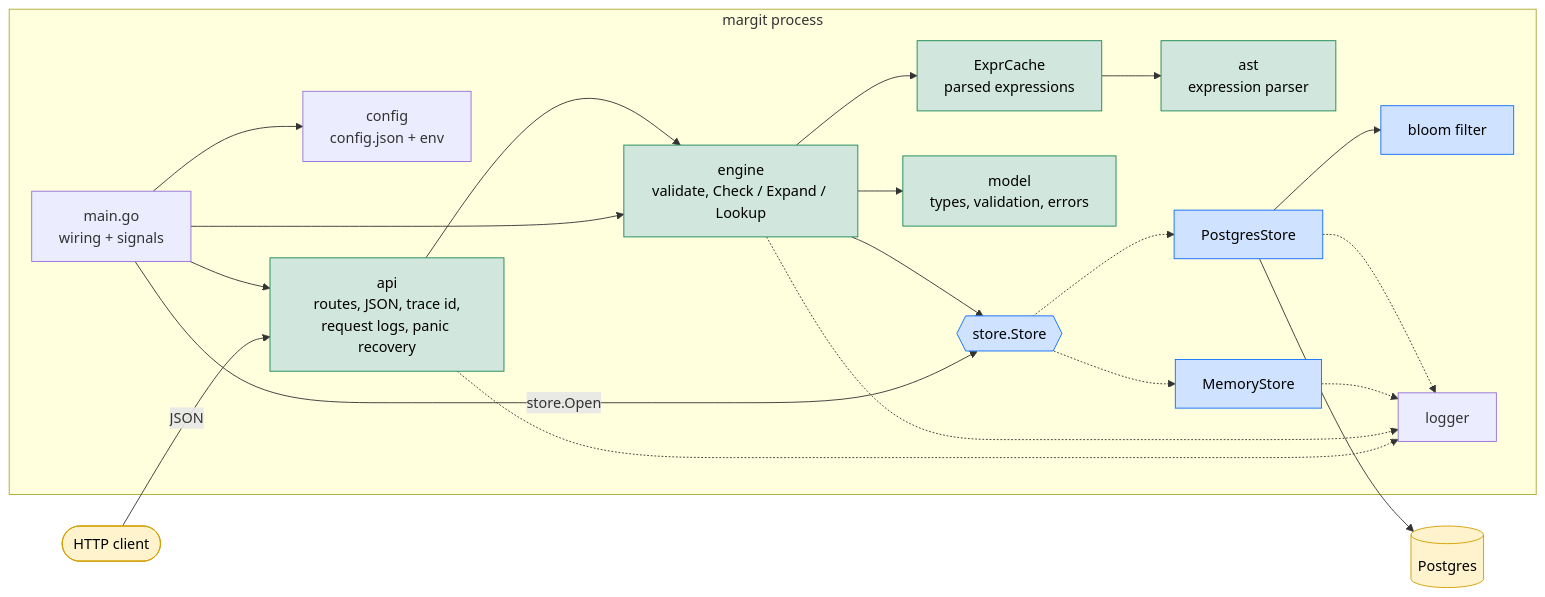
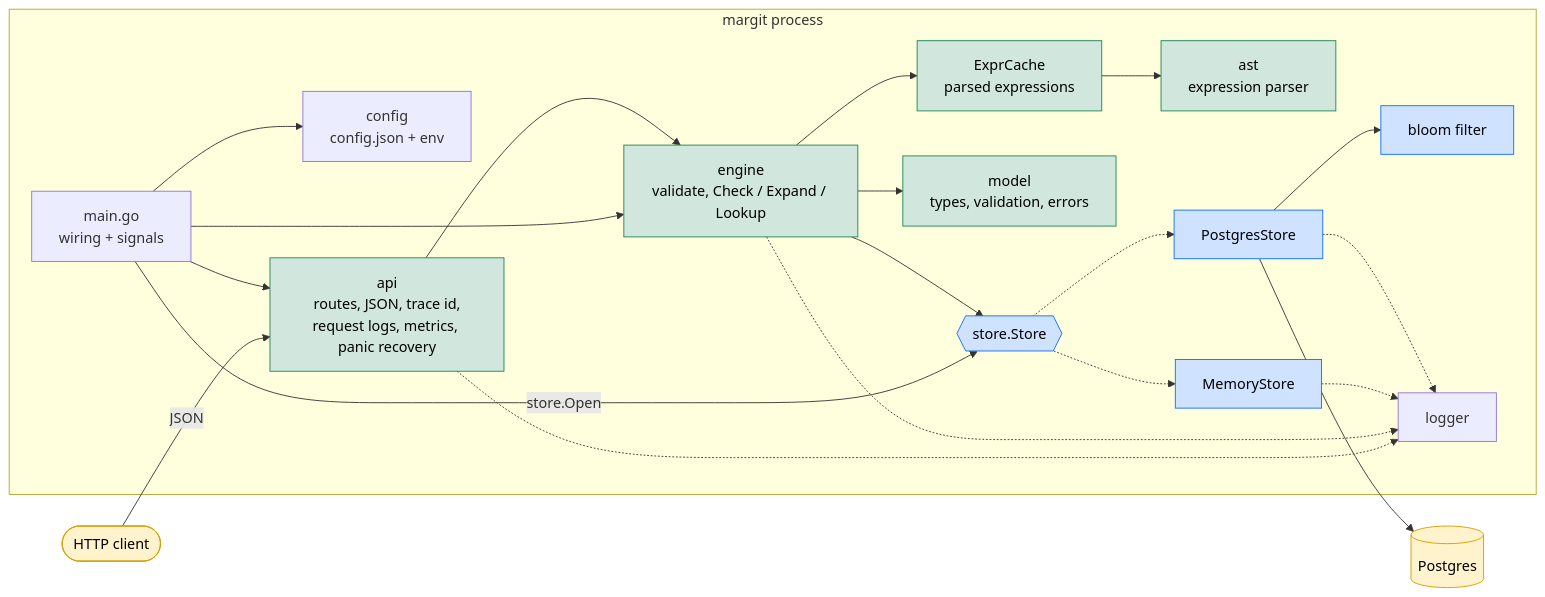
The first of 7 diagrams in ARCHITECTURE.md (c4ptlevi/Margit), drawn with Mermaid before and after one commit. The commit also changed other lines of this file and 1 other file, not shown here.

Commit message:
docs: metrics and dashboards

````diff
--- a/ARCHITECTURE.md
+++ b/ARCHITECTURE.md
@@ -8,43 +8,43 @@
 ```mermaid
 flowchart LR
     client([HTTP client])
 
     subgraph proc[margit process]
         main[main.go<br/>wiring + signals]
         cfg[config<br/>config.json + env]
-        api[api<br/>routes, JSON, trace id,<br/>request logs, panic recovery]
+        api[api<br/>routes, JSON, trace id,<br/>request logs, metrics, panic recovery]
         eng[engine<br/>validate, Check / Expand / Lookup]
         cache[ExprCache<br/>parsed expressions]
         ast[ast<br/>expression parser]
         model[model<br/>types, validation, errors]
         st{{store.Store}}
         mem[MemoryStore]
         pg[PostgresStore]
         bloom[bloom filter]
         log[logger]
     end
 
     db[(Postgres)]
 
     client -->|JSON| api
     main --> cfg
     main --> api
     main --> eng
     main -->|store.Open| st
     api --> eng
     eng --> cache --> ast
     eng --> model
     eng --> st
     st -.-> mem
     st -.-> pg
     pg --> bloom
     pg --> db
     api & eng & mem & pg -.-> log
 
     classDef ext fill:#fff3cd,stroke:#d39e00,color:#000
     classDef core fill:#d1e7dd,stroke:#198754,color:#000
     classDef storage fill:#cfe2ff,stroke:#0d6efd,color:#000
     class client,db ext
     class api,eng,cache,ast,model core
     class st,mem,pg,bloom storage
 ```
````
